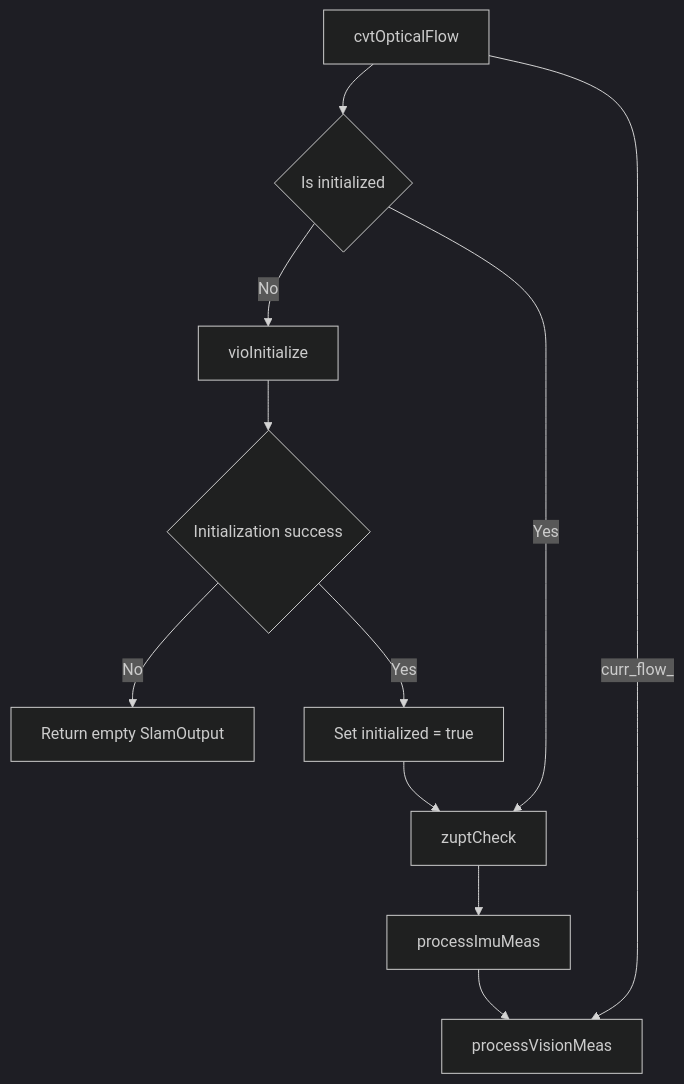
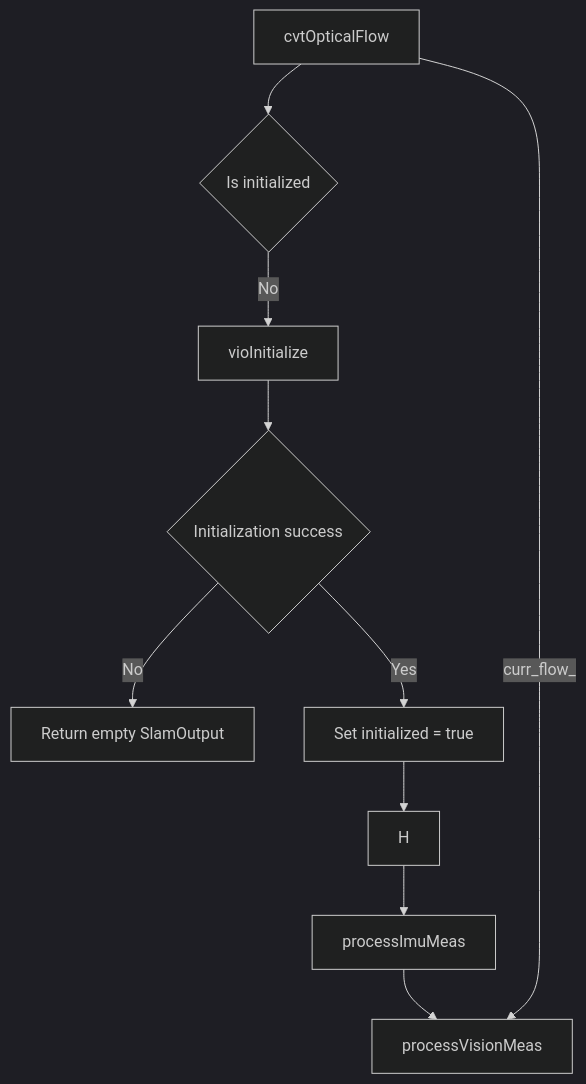
Before and after one commit to huzixuan1/iodraw-files: the diagram in all/未命名-4.md, drawn with Mermaid (dark theme).

Commit message:
2025-04-24 18:05:43 update

````diff
--- a/all/未命名-4.md
+++ b/all/未命名-4.md
@@ -1,17 +1,17 @@
 ```mermaid
 graph TD
     B[cvtOpticalFlow]
     B --> C{Is initialized}
 
     C -- No --> D[vioInitialize]
     D --> E{Initialization success}
     E -- No --> F[Return empty SlamOutput]
     E -- Yes --> G[Set initialized = true]
 
-    C -- Yes --> H[zuptCheck]
+    %% C -- Yes --> H[zuptCheck]
 
     G --> H
     H --> I[processImuMeas]
     I --> J[processVisionMeas]
     B --curr_flow_--> J
 ```
````
